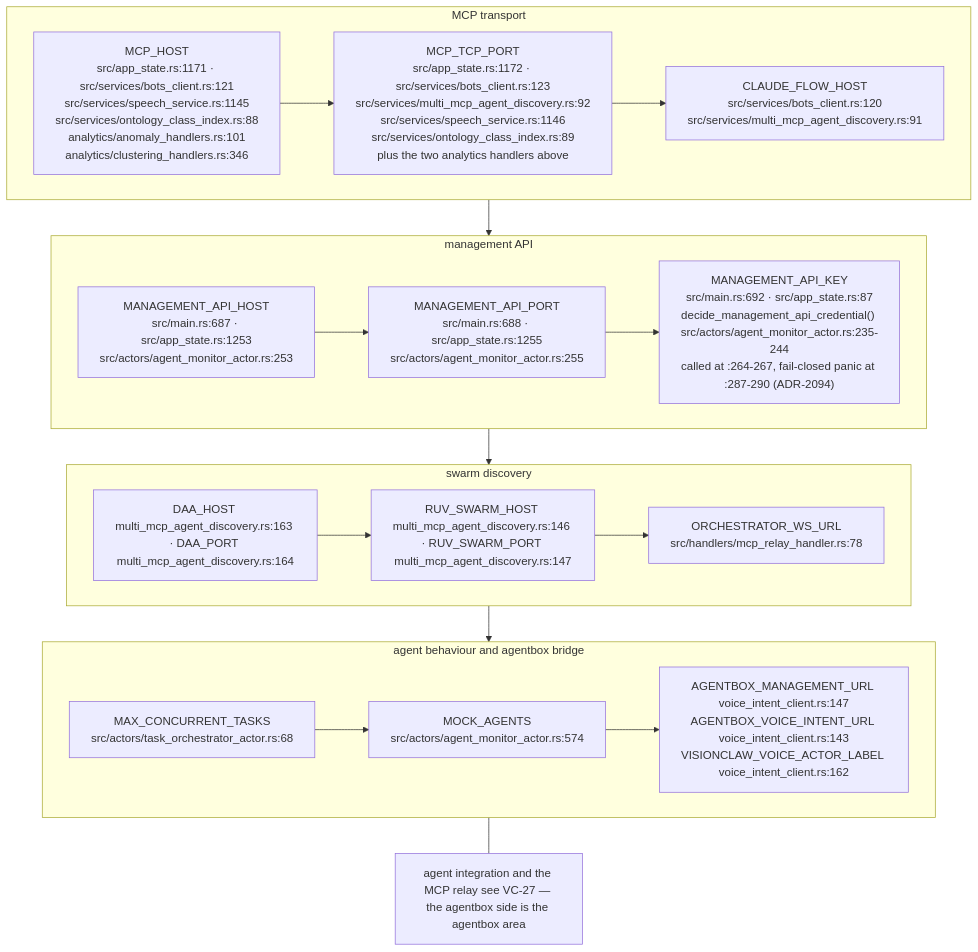
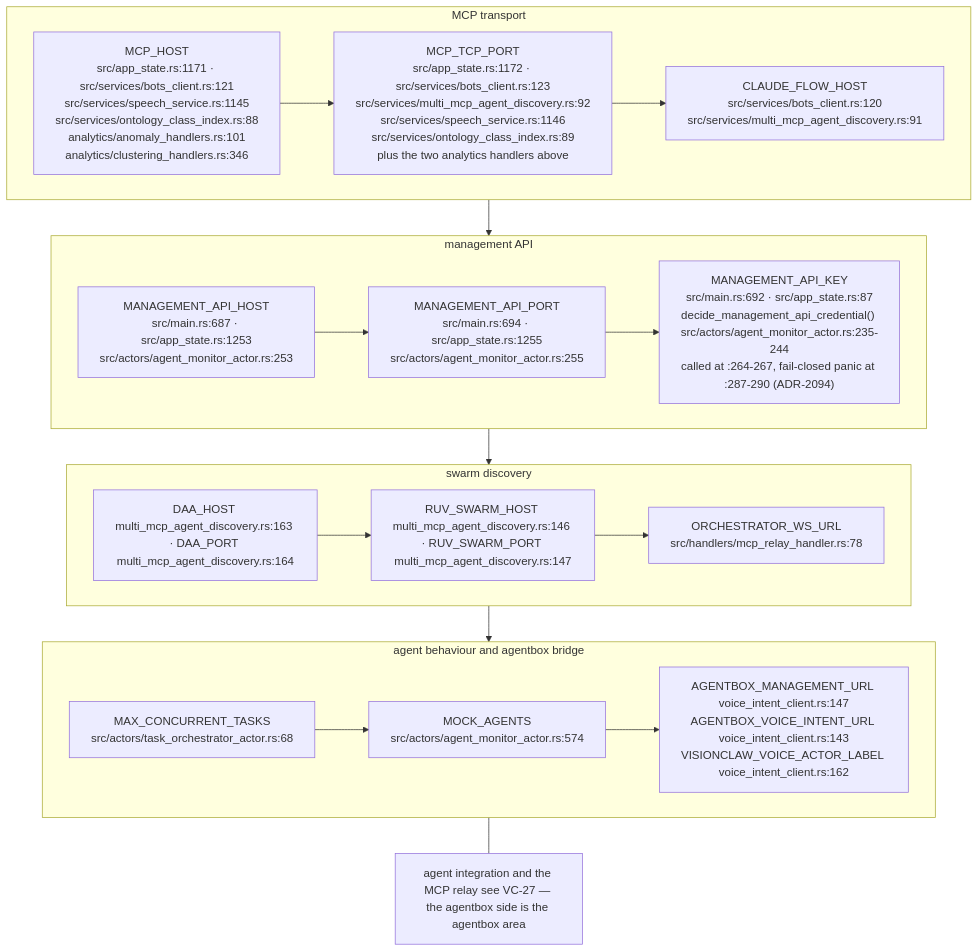
One commit to DreamLab-AI/VisionFlow changed diagram 12 of 15 in docs/diagrams/visionclaw/09-config-and-env-flags.md. Above: the diagram before and after it, drawn with Mermaid. The commit also changed other lines of this file and 51 other files, not shown here.

First line of the commit message:
docs(diagrams): agentbox AB-01..13 re-attested anchor by anchor (980 anchors, 22 defects); checkpoint against an out-of-mesh writer

````diff
--- a/docs/diagrams/visionclaw/09-config-and-env-flags.md
+++ b/docs/diagrams/visionclaw/09-config-and-env-flags.md
@@ -463,18 +463,18 @@
 ```mermaid
 flowchart TB
     subgraph MCP["MCP transport"]
         M1["MCP_HOST<br/>src/app_state.rs:1171 · src/services/bots_client.rs:121<br/>src/services/speech_service.rs:1145<br/>src/services/ontology_class_index.rs:88<br/>analytics/anomaly_handlers.rs:101<br/>analytics/clustering_handlers.rs:346"] --> M2["MCP_TCP_PORT<br/>src/app_state.rs:1172 · src/services/bots_client.rs:123<br/>src/services/multi_mcp_agent_discovery.rs:92<br/>src/services/speech_service.rs:1146<br/>src/services/ontology_class_index.rs:89<br/>plus the two analytics handlers above"] --> M3["CLAUDE_FLOW_HOST<br/>src/services/bots_client.rs:120<br/>src/services/multi_mcp_agent_discovery.rs:91"]
     end
     subgraph MGMT["management API"]
-        G1["MANAGEMENT_API_HOST<br/>src/main.rs:687 · src/app_state.rs:1253<br/>src/actors/agent_monitor_actor.rs:253"] --> G2["MANAGEMENT_API_PORT<br/>src/main.rs:688 · src/app_state.rs:1255<br/>src/actors/agent_monitor_actor.rs:255"] --> G3["MANAGEMENT_API_KEY<br/>src/main.rs:692 · src/app_state.rs:87<br/>decide_management_api_credential() src/actors/agent_monitor_actor.rs:235-244<br/>called at :264-267, fail-closed panic at :287-290 (ADR-2094)"]
+        G1["MANAGEMENT_API_HOST<br/>src/main.rs:687 · src/app_state.rs:1253<br/>src/actors/agent_monitor_actor.rs:253"] --> G2["MANAGEMENT_API_PORT<br/>src/main.rs:694 · src/app_state.rs:1255<br/>src/actors/agent_monitor_actor.rs:255"] --> G3["MANAGEMENT_API_KEY<br/>src/main.rs:692 · src/app_state.rs:87<br/>decide_management_api_credential() src/actors/agent_monitor_actor.rs:235-244<br/>called at :264-267, fail-closed panic at :287-290 (ADR-2094)"]
     end
     subgraph DISC["swarm discovery"]
         D1["DAA_HOST multi_mcp_agent_discovery.rs:163 · DAA_PORT multi_mcp_agent_discovery.rs:164"] --> D2["RUV_SWARM_HOST multi_mcp_agent_discovery.rs:146 · RUV_SWARM_PORT multi_mcp_agent_discovery.rs:147"] --> D3["ORCHESTRATOR_WS_URL<br/>src/handlers/mcp_relay_handler.rs:78"]
     end
     subgraph AGENTS["agent behaviour and agentbox bridge"]
         A1["MAX_CONCURRENT_TASKS<br/>src/actors/task_orchestrator_actor.rs:68"] --> A2["MOCK_AGENTS<br/>src/actors/agent_monitor_actor.rs:574"] --> A3["AGENTBOX_MANAGEMENT_URL voice_intent_client.rs:147<br/>AGENTBOX_VOICE_INTENT_URL voice_intent_client.rs:143<br/>VISIONCLAW_VOICE_ACTOR_LABEL voice_intent_client.rs:162"]
     end
     MCP --> MGMT --> DISC --> AGENTS
     N["agent integration and the MCP relay see VC-27 — the agentbox side is the agentbox area"]
     AGENTS --- N
 ```
````
